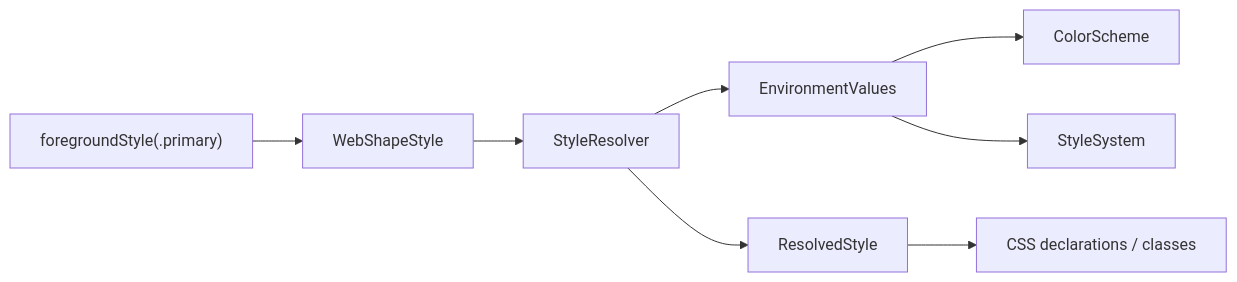
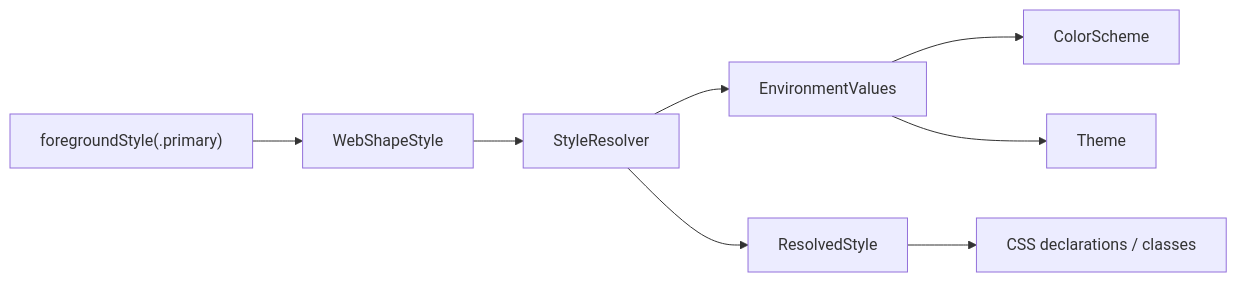
The fourth of 5 diagrams in docs/SwiftWebUICoreDesign.md (1amageek/swift-web), drawn with Mermaid before and after one commit. The commit also changed other lines of this file and 43 other files, not shown here.

First line of the commit message:
Rename StyleSystem to Theme

````diff
--- a/docs/SwiftWebUICoreDesign.md
+++ b/docs/SwiftWebUICoreDesign.md
@@ -168,10 +168,10 @@
 ```mermaid
 flowchart LR
     A["foregroundStyle(.primary)"] --> B["WebShapeStyle"]
     B --> C["StyleResolver"]
     C --> D["EnvironmentValues"]
     D --> E["ColorScheme"]
-    D --> F["StyleSystem"]
+    D --> F["Theme"]
     C --> G["ResolvedStyle"]
     G --> H["CSS declarations / classes"]
 ```
````
